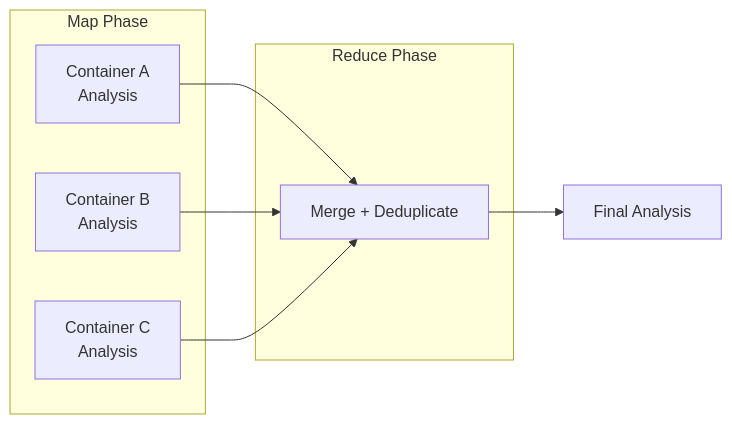
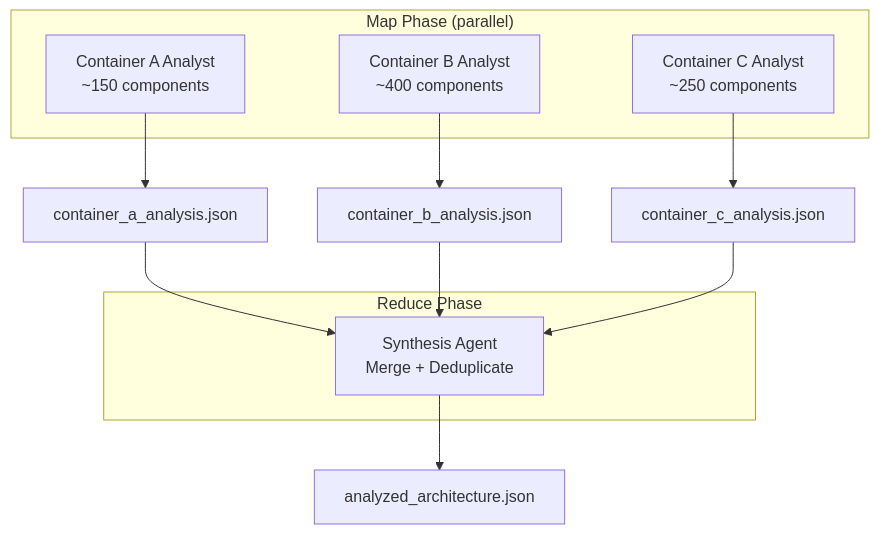
The second of 2 diagrams in docs/architecture/crew-pattern.md (aymenmastouri/aicodegencrew), drawn with Mermaid before and after one commit. The commit also changed other lines of this file and 12 other files, not shown here.

````diff
--- a/docs/architecture/crew-pattern.md
+++ b/docs/architecture/crew-pattern.md
@@ -67,15 +69,19 @@
 ```mermaid
-graph LR
-    subgraph Map Phase
-        C1[Container A<br/>Analysis]
-        C2[Container B<br/>Analysis]
-        C3[Container C<br/>Analysis]
+graph TD
+    subgraph "Map Phase (parallel)"
+        C1[Container A Analyst<br/>~150 components]
+        C2[Container B Analyst<br/>~400 components]
+        C3[Container C Analyst<br/>~250 components]
     end
-    subgraph Reduce Phase
-        M[Merge + Deduplicate]
+    C1 --> P1[container_a_analysis.json]
+    C2 --> P2[container_b_analysis.json]
+    C3 --> P3[container_c_analysis.json]
+
+    subgraph "Reduce Phase"
+        S[Synthesis Agent<br/>Merge + Deduplicate]
     end
-    C1 --> M
-    C2 --> M
-    C3 --> M
-    M --> F[Final Analysis]
+    P1 --> S
+    P2 --> S
+    P3 --> S
+    S --> F[analyzed_architecture.json]
 ```
````
